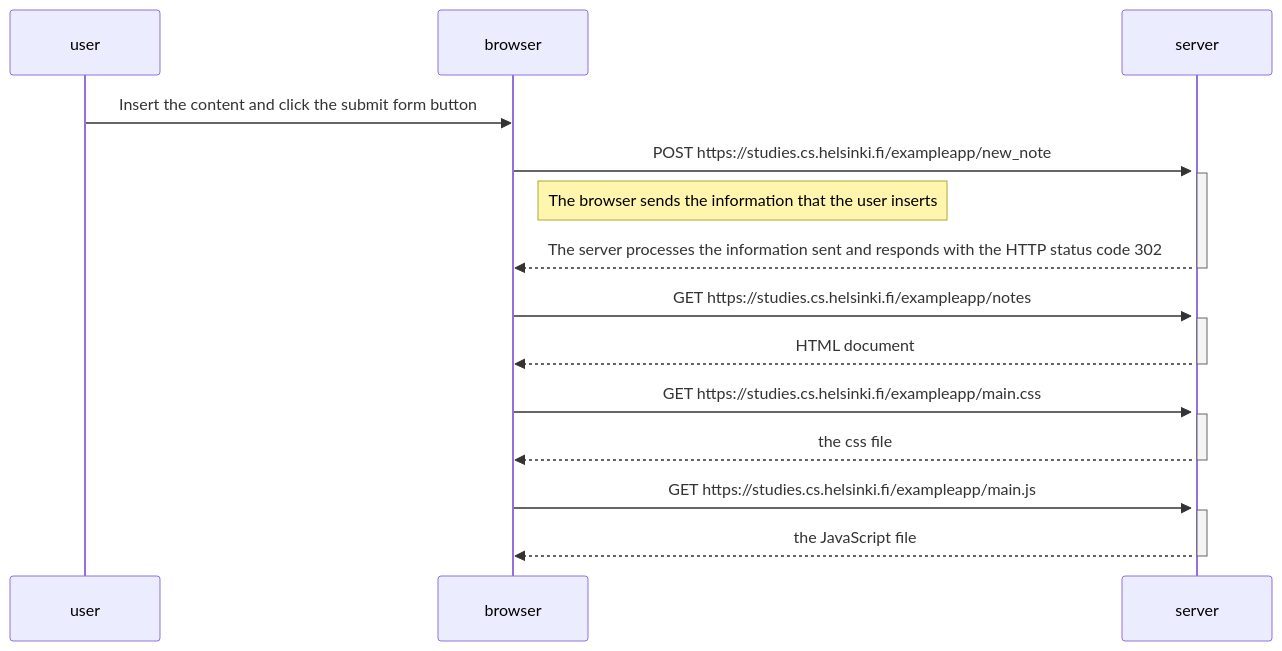
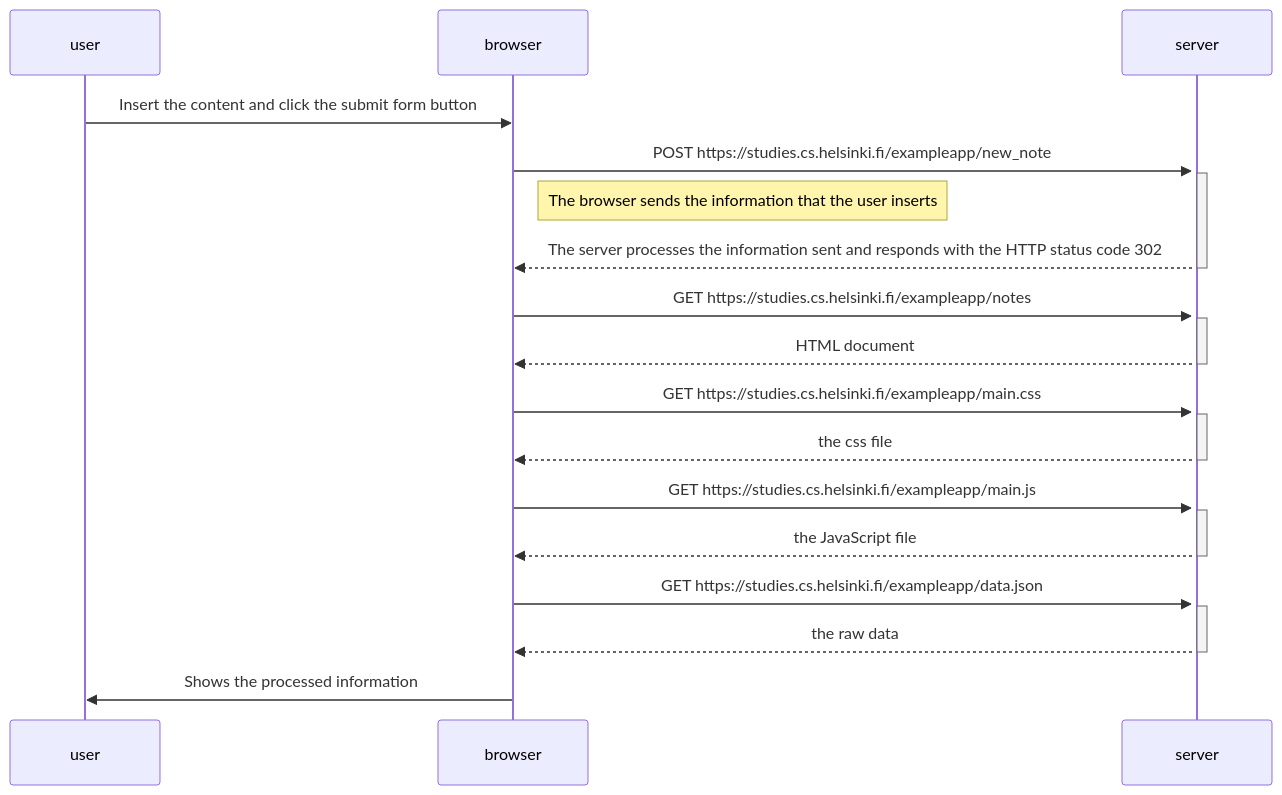
One commit to dnmJustMe/fullStackOpen2023 changed the diagram in 0.4.mmd. Above: the diagram before and after it, drawn with Mermaid.

```diff
--- a/0.4.mmd
+++ b/0.4.mmd
@@ -1,28 +1,35 @@
 sequenceDiagram
     participant user
     participant browser
     participant server
 
     user->>browser: Insert the content and click the submit form button 
     activate server
 
     browser->>server: POST https://studies.cs.helsinki.fi/exampleapp/new_note
     activate server
     Note right of browser: The browser sends the information that the user inserts
     server-->>browser: The server processes the information sent and responds with the HTTP status code 302
     deactivate server
 
     browser->>server: GET https://studies.cs.helsinki.fi/exampleapp/notes
     activate server
     server-->>browser: HTML document
     deactivate server
 
     browser->>server: GET https://studies.cs.helsinki.fi/exampleapp/main.css
     activate server
     server-->>browser: the css file
     deactivate server
 
     browser->>server: GET https://studies.cs.helsinki.fi/exampleapp/main.js
     activate server
     server-->>browser: the JavaScript file
     deactivate server
+
+    browser->>server: GET https://studies.cs.helsinki.fi/exampleapp/data.json
+    activate server
+    server-->>browser: the raw data
+    deactivate server
+
+    browser->>user : Shows the processed information
```
